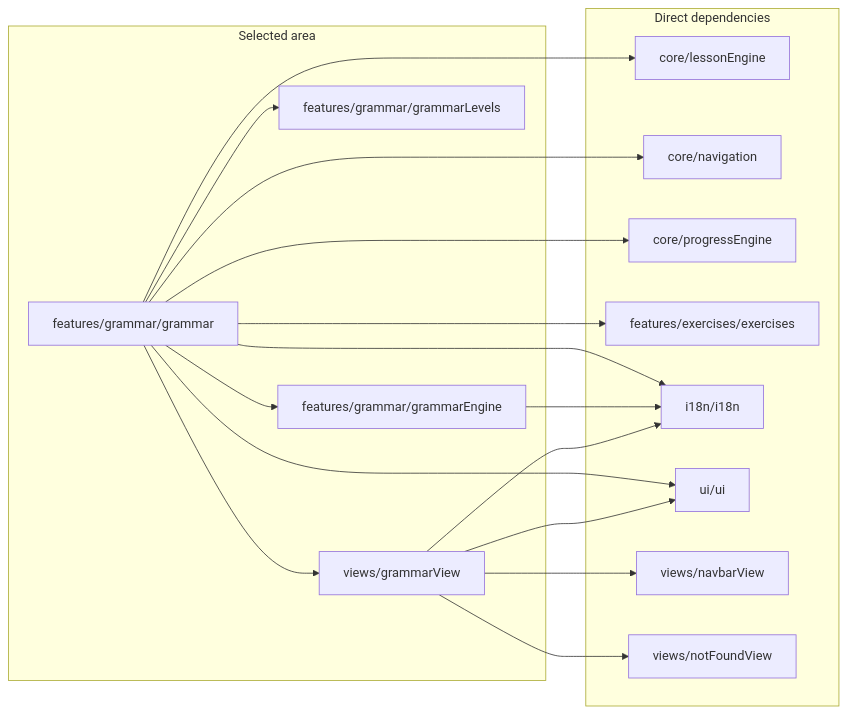
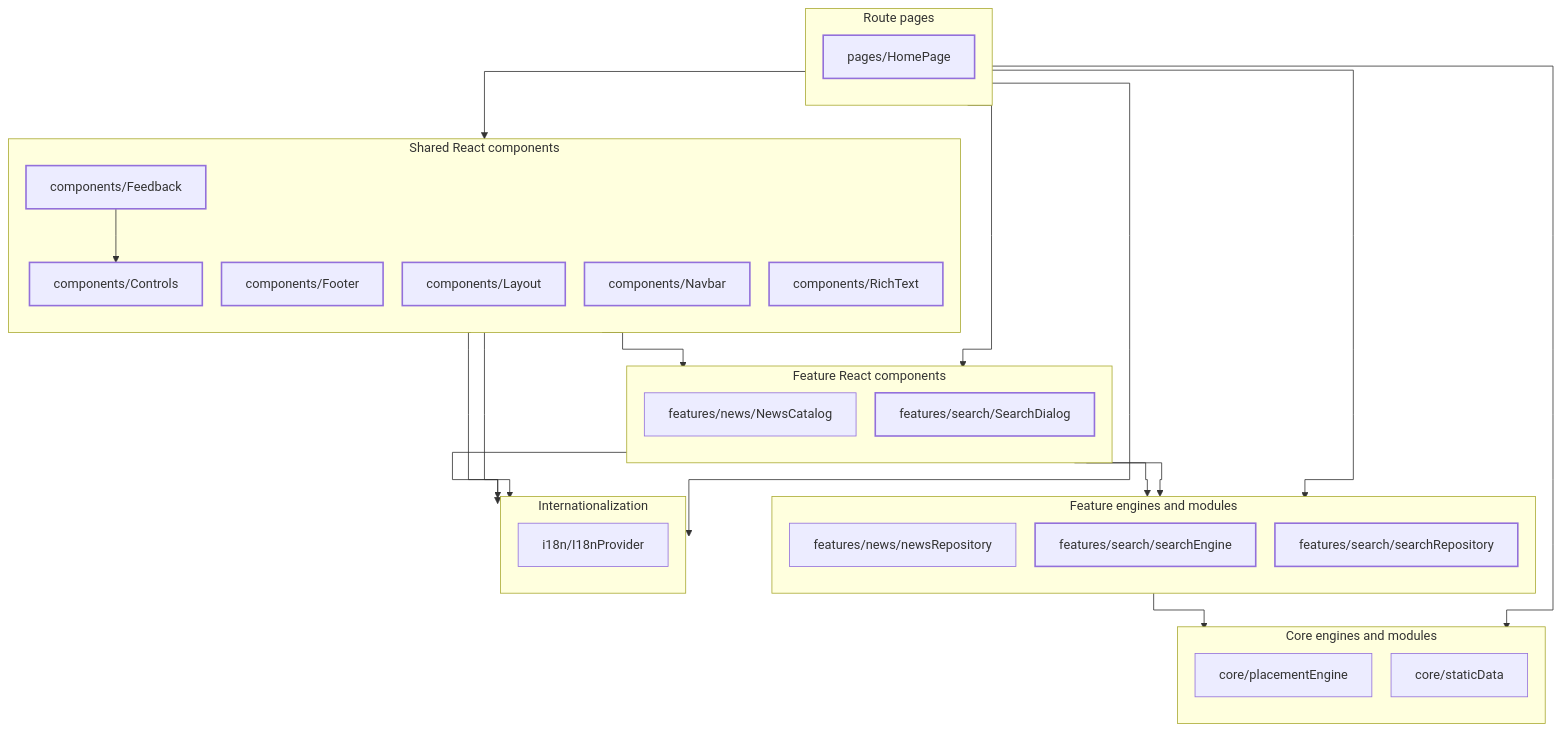
Before and after one commit to temsahak-rgb/Dino-5monde: the third of 9 diagrams in docs/dependency-graph.md, drawn with Mermaid. The commit also changed other lines of this file and 73 other files, not shown here.

````diff
--- a/docs/dependency-graph.md
+++ b/docs/dependency-graph.md
@@ -125,33 +146,51 @@
 ```mermaid
-flowchart LR
-    subgraph S["Selected area"]
-        M0["features/grammar/grammar"]
-        M1["features/grammar/grammarEngine"]
-        M2["features/grammar/grammarLevels"]
-        M3["views/grammarView"]
+%%{init: {"flowchart": {"curve": "stepAfter", "nodeSpacing": 24, "rankSpacing": 42}}}%%
+flowchart TB
+    classDef focus stroke-width:2px
+    subgraph S4["Route pages"]
+        direction TB
+        M0["pages/HomePage"]:::focus
     end
-    subgraph D["Direct dependencies"]
-        M4["core/lessonEngine"]
-        M5["core/navigation"]
-        M6["core/progressEngine"]
-        M7["features/exercises/exercises"]
-        M8["i18n/i18n"]
-        M9["ui/ui"]
-        M10["views/navbarView"]
-        M11["views/notFoundView"]
+    subgraph S5["Shared React components"]
+        direction TB
+        M1["components/Controls"]:::focus
+        M2["components/Feedback"]:::focus
+        M3["components/Footer"]:::focus
+        M4["components/Layout"]:::focus
+        M5["components/Navbar"]:::focus
+        M6["components/RichText"]:::focus
     end
+    subgraph S6["Feature React components"]
+        direction TB
+        M7["features/news/NewsCatalog"]
+        M8["features/search/SearchDialog"]:::focus
+    end
+    subgraph S7["Feature engines and modules"]
+        direction TB
+        M9["features/news/newsRepository"]
+        M10["features/search/searchEngine"]:::focus
+        M11["features/search/searchRepository"]:::focus
+    end
+    subgraph S8["Core engines and modules"]
+        direction TB
+        M12["core/placementEngine"]
+        M13["core/staticData"]
+    end
+    subgraph S9["Internationalization"]
+        direction TB
+        M14["i18n/I18nProvider"]
+    end
+    M8 --> M10
+    M8 --> M11
+    M8 --> M14
+    M11 --> M13
+    M0 --> M12
+    M0 --> M7
+    M0 --> M9
+    M0 --> M14
     M0 --> M4
-    M0 --> M5
-    M0 --> M6
-    M0 --> M7
-    M0 --> M1
-    M0 --> M2
-    M0 --> M8
-    M0 --> M9
-    M0 --> M3
-    M1 --> M8
-    M3 --> M8
-    M3 --> M9
-    M3 --> M10
-    M3 --> M11
+    M2 --> M1
+    M3 --> M14
+    M5 --> M8
+    M5 --> M14
 ```
````
